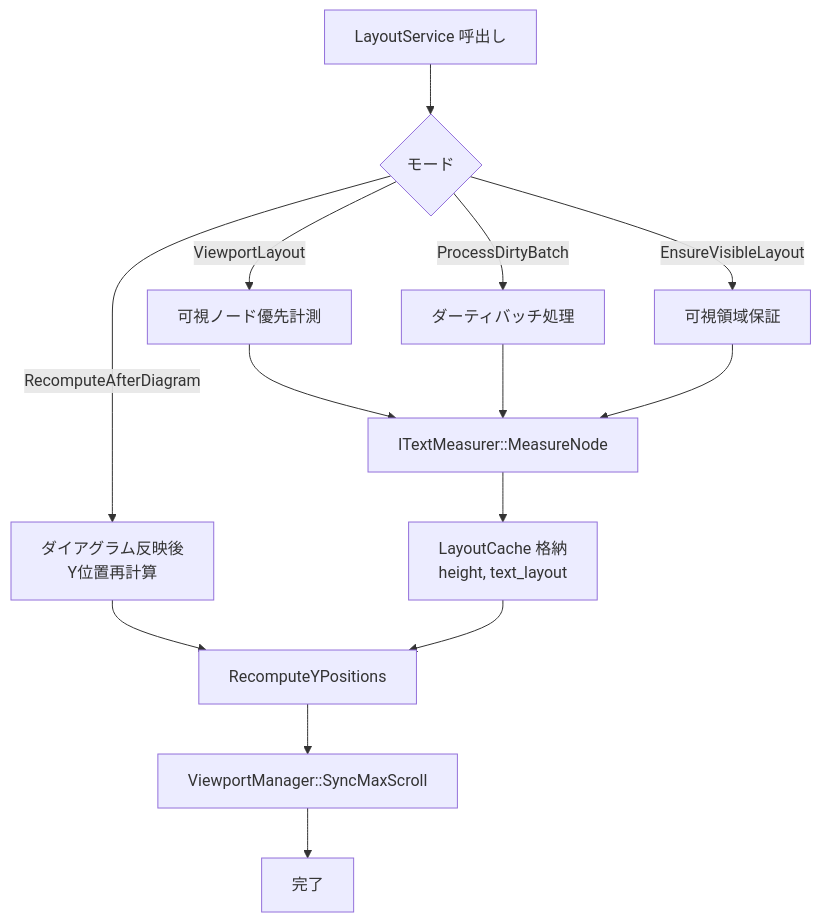
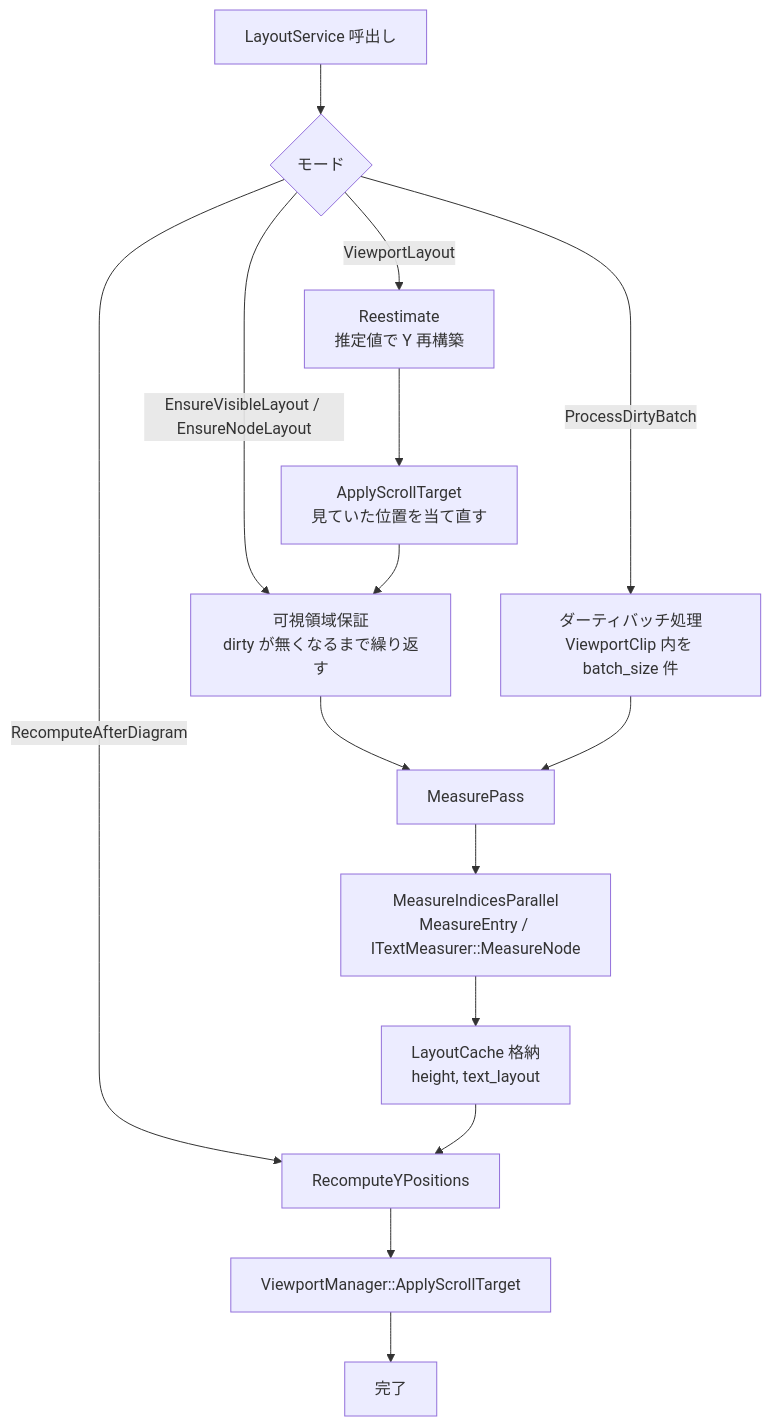
The seventh of 27 diagrams in example/test.md (tanaton/mendo), drawn with Mermaid before and after one commit. The commit also changed other lines of this file and 2 other files, not shown here.

````diff
--- a/example/test.md
+++ b/example/test.md
@@ -974,18 +1012,19 @@
 ```mermaid
 flowchart TB
     START[LayoutService 呼出し] --> MODE{モード}
-    MODE -->|ViewportLayout| VIEWPORT[可視ノード優先計測]
-    MODE -->|ProcessDirtyBatch| BATCH[ダーティバッチ処理]
-    MODE -->|EnsureVisibleLayout| ENSURE[可視領域保証]
-    MODE -->|RecomputeAfterDiagram| RECOMP[ダイアグラム反映後<br>Y位置再計算]
+    MODE -->|ViewportLayout| REEST[Reestimate<br>推定値で Y 再構築]
+    MODE -->|EnsureVisibleLayout / EnsureNodeLayout| ENSURE[可視領域保証<br>dirty が無くなるまで繰り返す]
+    MODE -->|ProcessDirtyBatch| BATCH[ダーティバッチ処理<br>ViewportClip 内を batch_size 件]
+    MODE -->|RecomputeAfterDiagram| YPOS
 
-    VIEWPORT --> MEASURE[ITextMeasurer::MeasureNode]
-    BATCH --> MEASURE
-    ENSURE --> MEASURE
-    RECOMP --> YPOS
+    REEST --> TARGET[ApplyScrollTarget<br>見ていた位置を当て直す]
+    TARGET --> ENSURE
+    ENSURE --> PASS[MeasurePass]
+    BATCH --> PASS
+    PASS --> MEASURE[MeasureIndicesParallel<br>MeasureEntry / ITextMeasurer::MeasureNode]
 
     MEASURE --> CACHE[LayoutCache 格納<br>height, text_layout]
     CACHE --> YPOS[RecomputeYPositions]
-    YPOS --> SYNC[ViewportManager::SyncMaxScroll]
-    SYNC --> DONE[完了]
+    YPOS --> APPLY[ViewportManager::ApplyScrollTarget]
+    APPLY --> DONE[完了]
 ```
````
